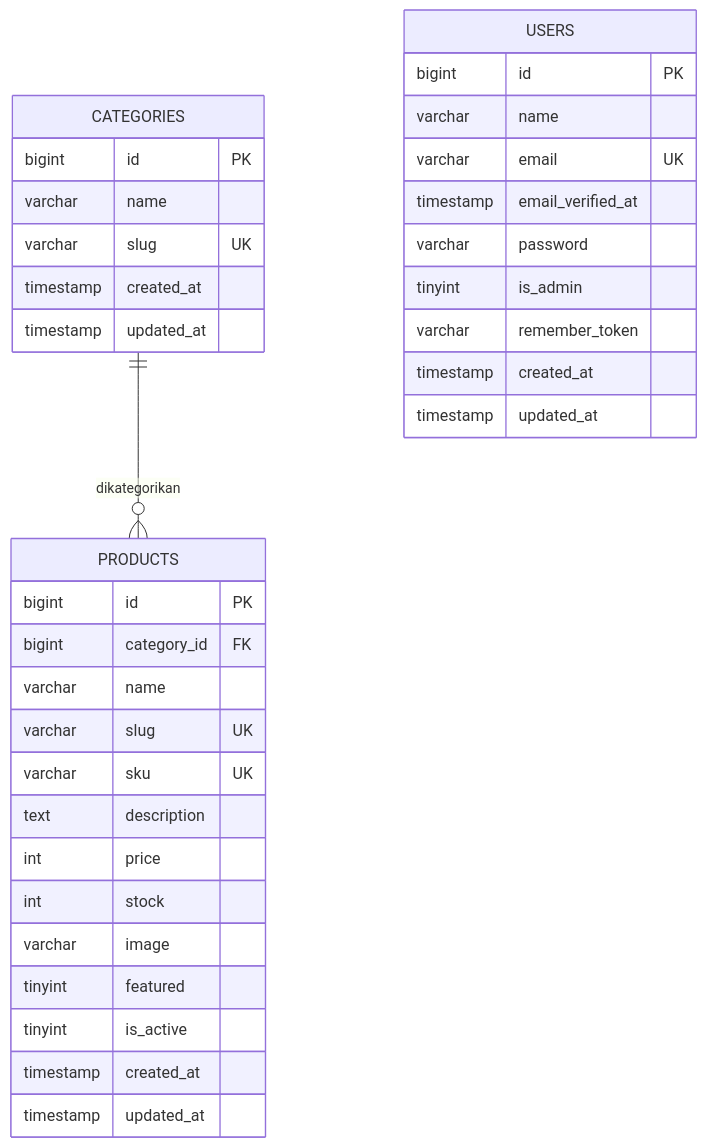
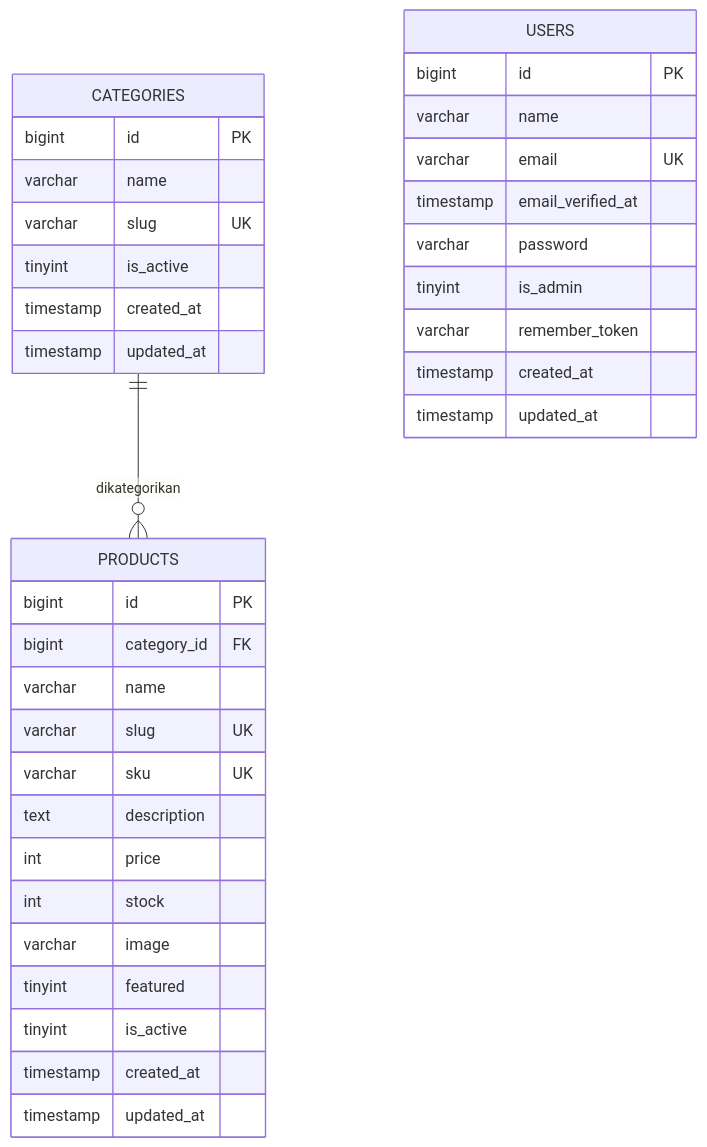
One commit to ARFAMFADHILLAH/Panel-Rizqy-Utama-Electric changed the diagram in docs/ERD.md. Above: the diagram before and after it, drawn with Mermaid. The commit also changed other lines of this file and 27 other files, not shown here.

````diff
--- a/docs/ERD.md
+++ b/docs/ERD.md
@@ -21,37 +23,38 @@
 ```mermaid
 erDiagram
     CATEGORIES ||--o{ PRODUCTS : "dikategorikan"
     USERS {
         bigint id PK
         varchar name
         varchar email UK
         timestamp email_verified_at
         varchar password
         tinyint is_admin
         varchar remember_token
         timestamp created_at
         timestamp updated_at
     }
     CATEGORIES {
         bigint id PK
         varchar name
         varchar slug UK
+        tinyint is_active
         timestamp created_at
         timestamp updated_at
     }
     PRODUCTS {
         bigint id PK
         bigint category_id FK
         varchar name
         varchar slug UK
         varchar sku UK
         text description
         int price
         int stock
         varchar image
         tinyint featured
         tinyint is_active
         timestamp created_at
         timestamp updated_at
     }
 ```
````
